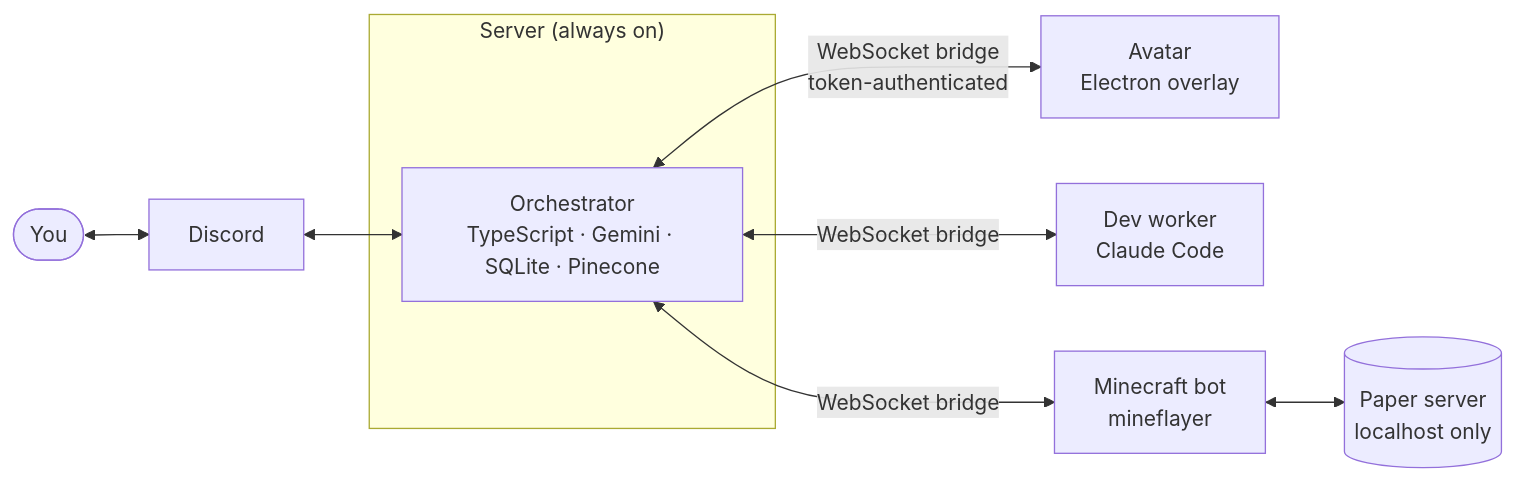
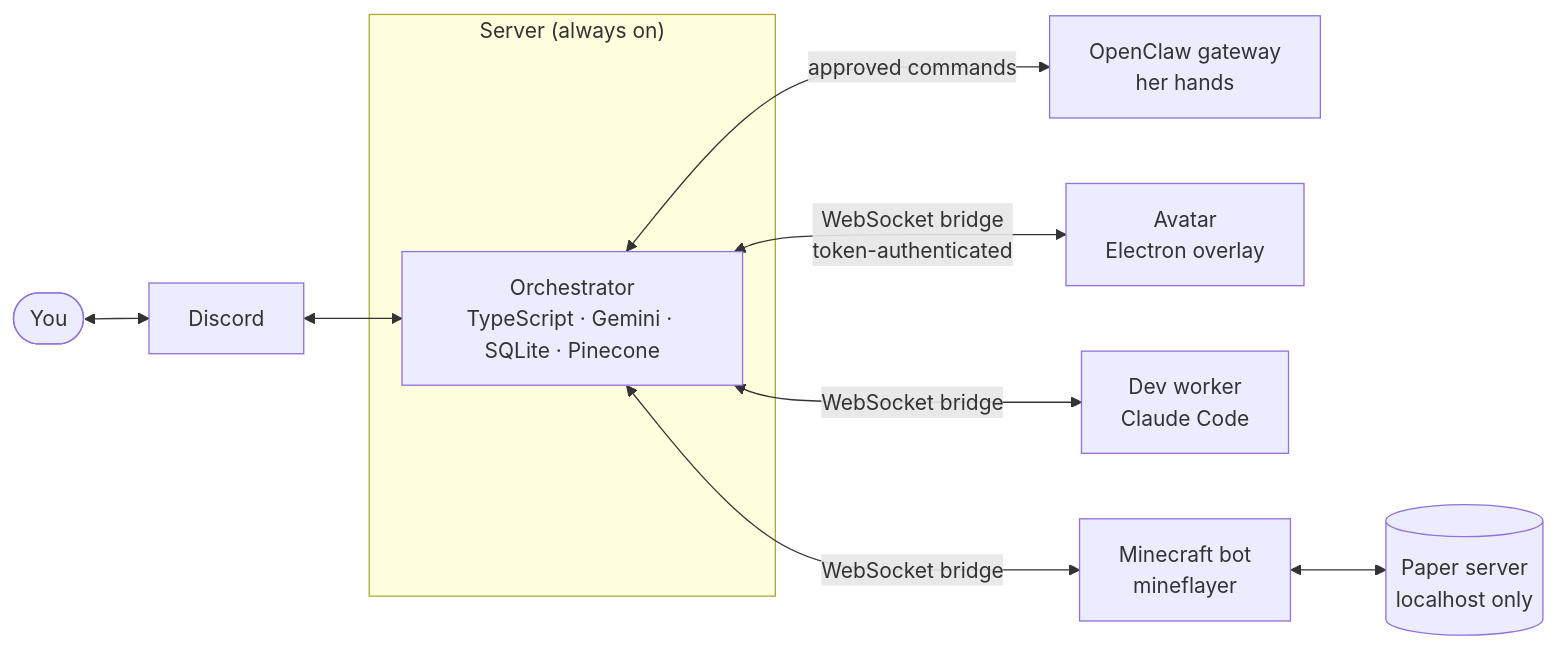
The diagram in README.md (smandylee/shiro), drawn with Mermaid before and after one commit. The commit also changed other lines of this file and 2 other files, not shown here.

Commit message:
Present OpenClaw as her hands in the README, not a side option

````diff
--- a/README.md
+++ b/README.md
@@ -63,14 +65,15 @@
 ```mermaid
 flowchart LR
     You([You]) <--> Discord
     Discord <--> O
 
     subgraph VM["Server (always on)"]
       O["Orchestrator<br/>TypeScript · Gemini · SQLite · Pinecone"]
     end
 
+    O <-- "approved commands" --> C["OpenClaw gateway<br/>her hands"]
     O <-- "WebSocket bridge<br/>token-authenticated" --> A["Avatar<br/>Electron overlay"]
     O <-- "WebSocket bridge" --> W["Dev worker<br/>Claude Code"]
     O <-- "WebSocket bridge" --> M["Minecraft bot<br/>mineflayer"]
     M <--> Paper[("Paper server<br/>localhost only")]
 ```
````
